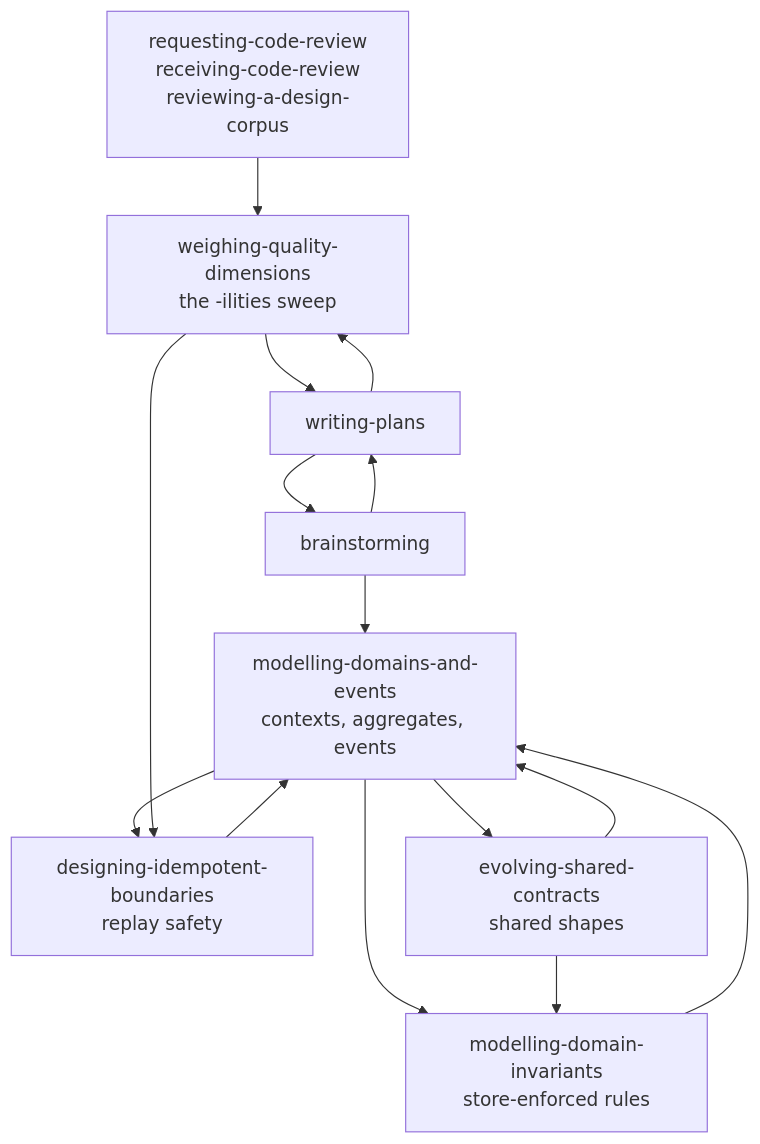
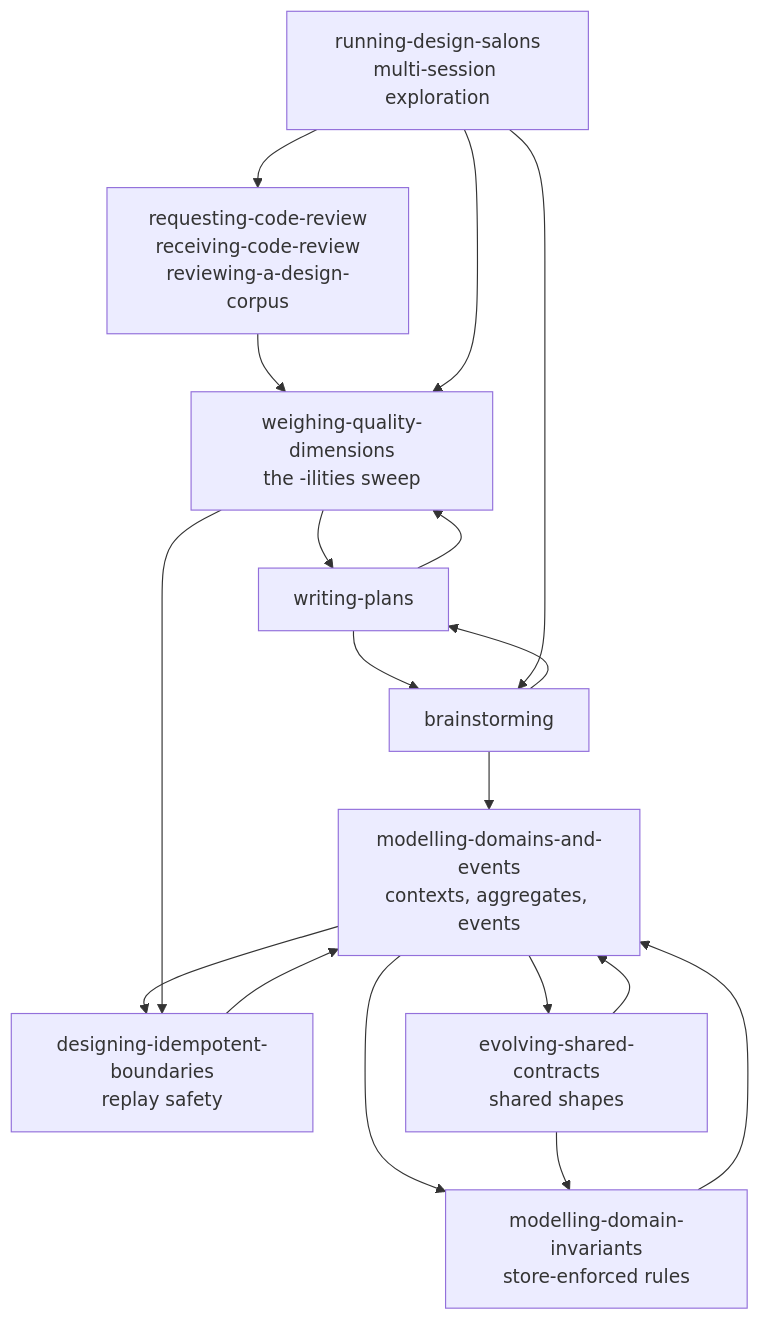
The third of 3 diagrams in .agents/skills/README.md (audacioustux/agents), drawn with Mermaid before and after one commit. The commit also changed other lines of this file and 2 other files, not shown here.

First line of the commit message:
skills: add running-design-salons

````diff
--- a/.agents/skills/README.md
+++ b/.agents/skills/README.md
@@ -164,19 +165,21 @@
 ```mermaid
 flowchart TD
   domains["modelling-domains-and-events<br/>contexts, aggregates, events"]
   inv["modelling-domain-invariants<br/>store-enforced rules"]
   idem["designing-idempotent-boundaries<br/>replay safety"]
   contracts["evolving-shared-contracts<br/>shared shapes"]
   quality["weighing-quality-dimensions<br/>the -ilities sweep"]
   brain["brainstorming"]
   plans["writing-plans"]
   reviews["requesting-code-review<br/>receiving-code-review<br/>reviewing-a-design-corpus"]
+  salon["running-design-salons<br/>multi-session exploration"]
 
   domains --> inv & idem & contracts
   inv & idem & contracts --> domains
   contracts --> inv
   brain --> domains & plans
   plans --> quality & brain
   reviews --> quality
   quality --> plans & idem
+  salon --> reviews & quality & brain
 ```
````
